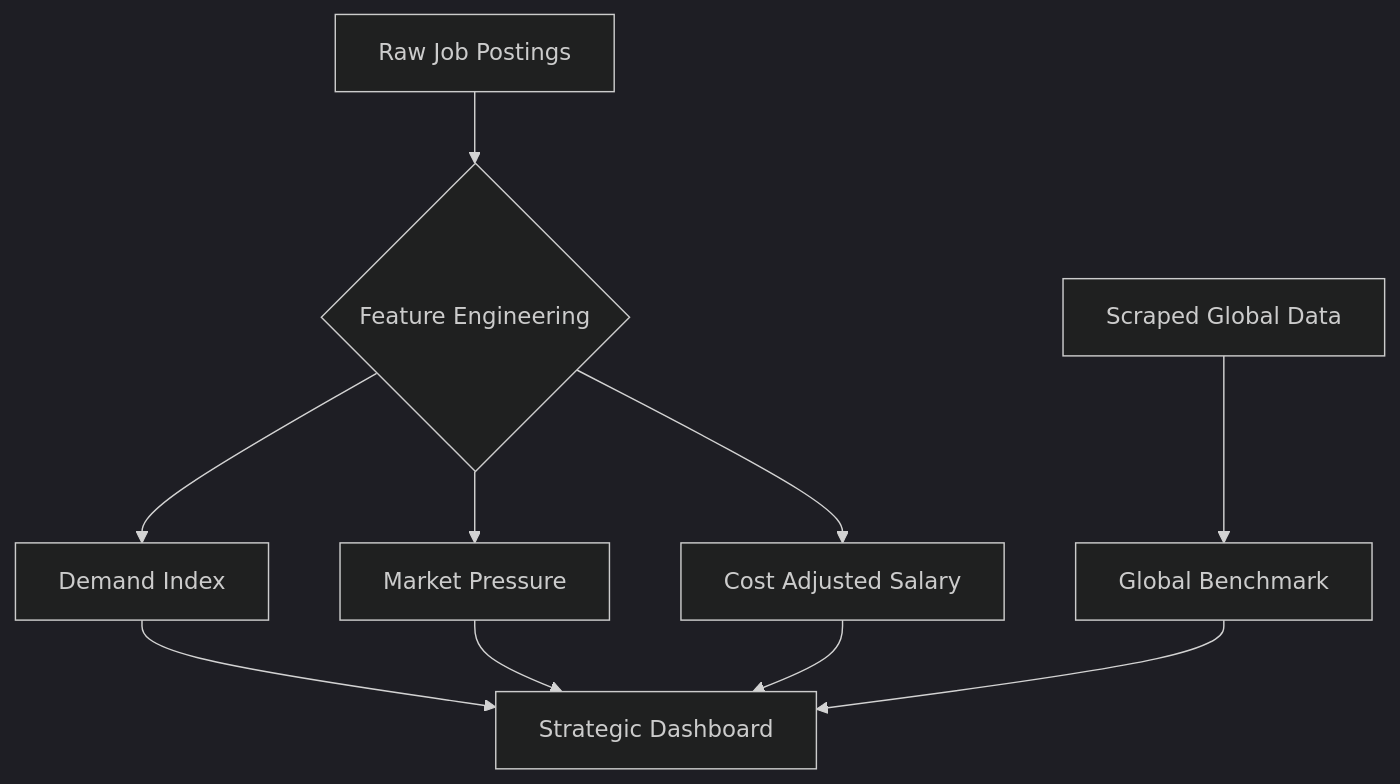
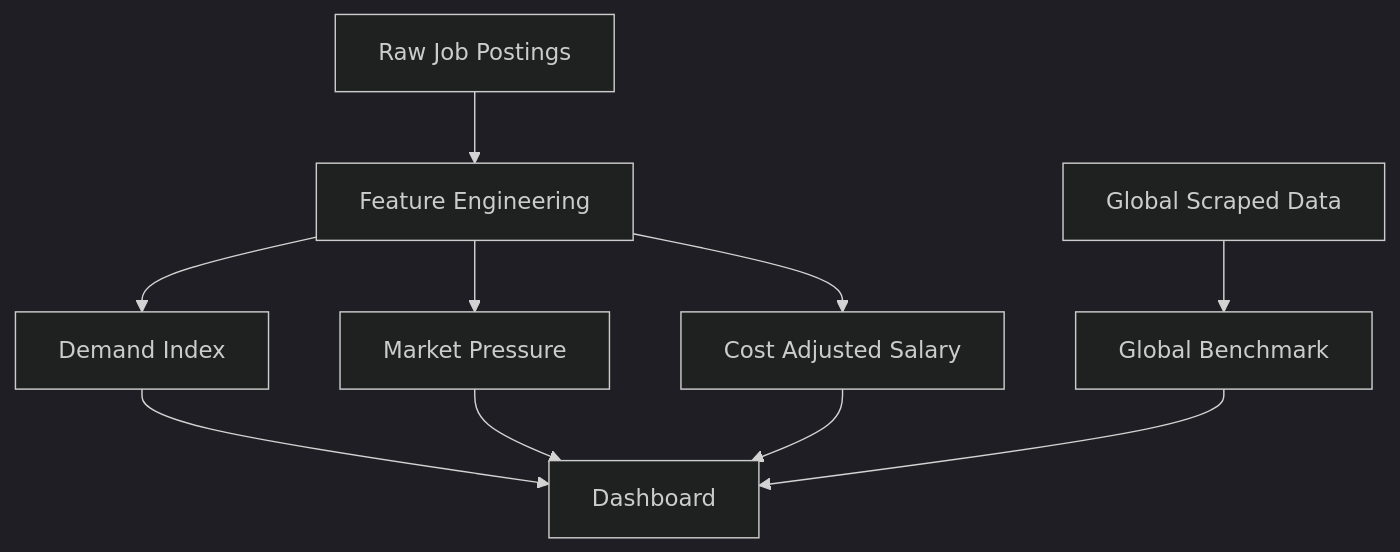
The diagram in data_analysis.md (SaiBuvanesh/Workforce-Market-Insights-Dashboard), drawn with Mermaid (dark theme) before and after one commit. The commit also changed other lines of this file and 1 other file, not shown here.

````diff
--- a/data_analysis.md
+++ b/data_analysis.md
@@ -9,12 +9,12 @@
 ```mermaid
 graph TD
-    A[Raw Job Postings] --> B{Feature Engineering}
+    A[Raw Job Postings] --> B[Feature Engineering]
     B --> C[Demand Index]
     B --> D[Market Pressure]
     B --> E[Cost Adjusted Salary]
-    C --> F[Strategic Dashboard]
+    C --> F[Dashboard]
     D --> F
     E --> F
-    G[Scraped Global Data] --> H[Global Benchmark]
+    G[Global Scraped Data] --> H[Global Benchmark]
     H --> F
 ```
````
